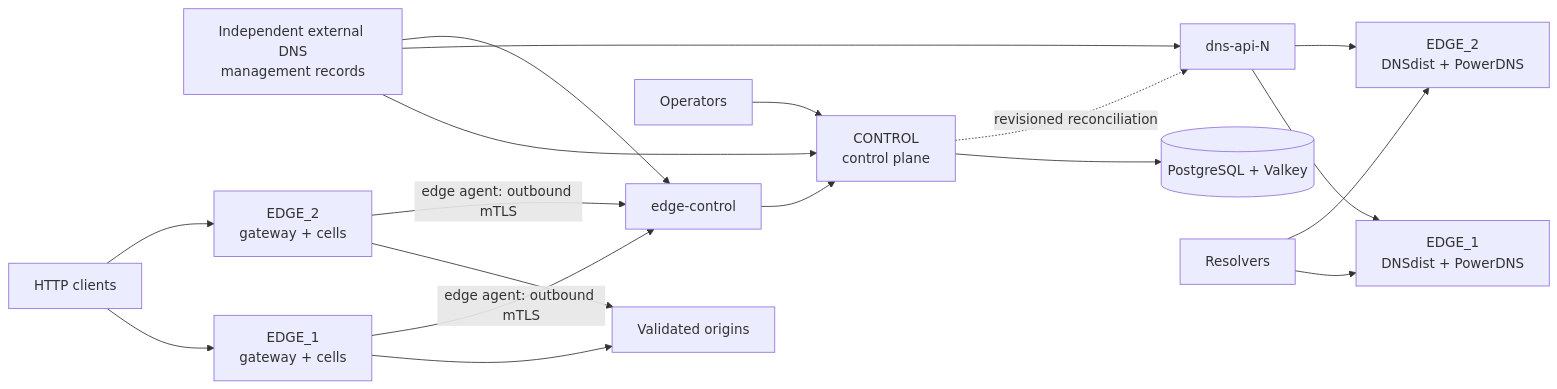
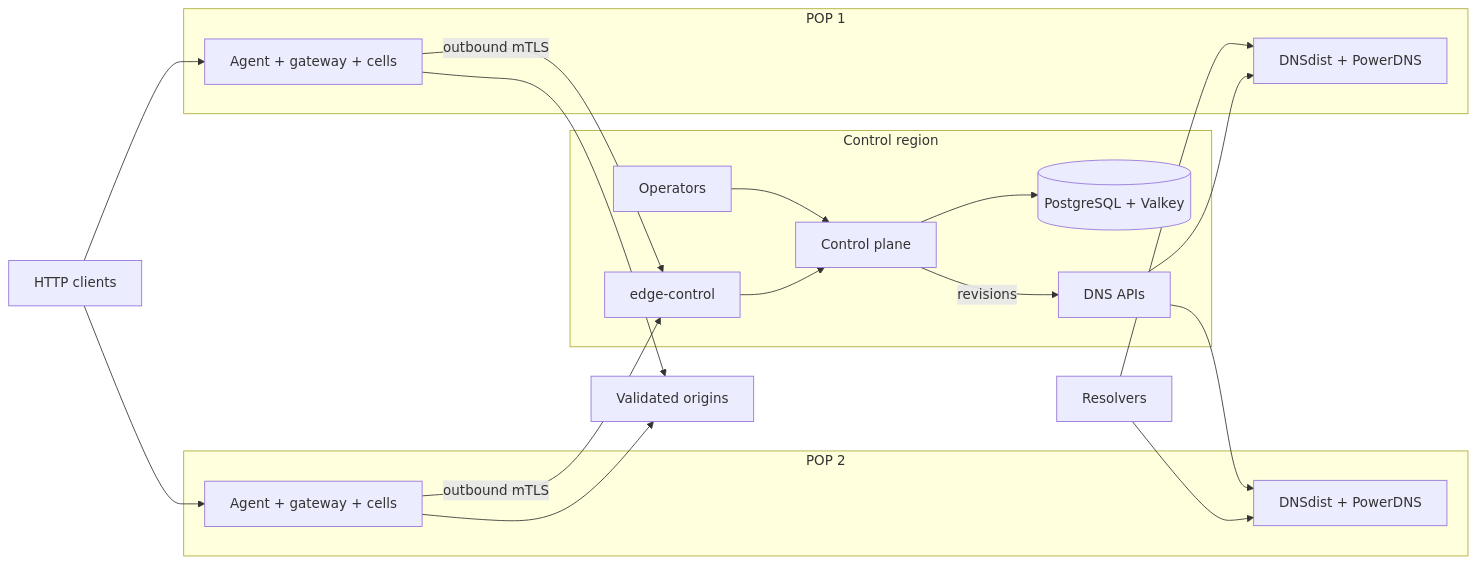
Before and after one commit to vaheed/CDNFoundry: the first of 4 diagrams in docs/architecture/production-reference-architectures.md, drawn with Mermaid. The commit also changed other lines of this file and 24 other files, not shown here.

````diff
--- a/docs/architecture/production-reference-architectures.md
+++ b/docs/architecture/production-reference-architectures.md
@@ -43,20 +43,22 @@
 ```mermaid
 flowchart LR
-    ExternalDNS["Independent external DNS<br/>management records"] --> CONTROL
-    ExternalDNS --> DNSAPI["dns-api-N"]
-    ExternalDNS --> EC["edge-control"]
-    Operators["Operators"] --> CONTROL["CONTROL<br>control plane"]
-    CONTROL --> State[("PostgreSQL + Valkey")]
-    Resolver["Resolvers"] --> EDGE1DNS["EDGE_1<br>DNSdist + PowerDNS"]
-    Resolver --> EDGE2DNS["EDGE_2<br>DNSdist + PowerDNS"]
-    Clients["HTTP clients"] --> EDGE1GW["EDGE_1<br>gateway + cells"]
-    Clients --> EDGE2GW["EDGE_2<br>gateway + cells"]
-    CONTROL -. "revisioned reconciliation" .-> DNSAPI
-    DNSAPI --> EDGE1DNS
-    DNSAPI --> EDGE2DNS
+    subgraph Management["Control region"]
+      Operators["Operators"] --> CONTROL["Control plane"] --> State[("PostgreSQL + Valkey")]
+      EC["edge-control"] --> CONTROL
+      CONTROL -->|"revisions"| DNSAPI["DNS APIs"]
+    end
+    subgraph POP1["POP 1"]
+      DNSAPI --> EDGE1DNS["DNSdist + PowerDNS"]
+      EDGE1GW["Agent + gateway + cells"] -->|"outbound mTLS"| EC
+    end
+    subgraph POP2["POP 2"]
+      DNSAPI --> EDGE2DNS["DNSdist + PowerDNS"]
+      EDGE2GW["Agent + gateway + cells"] -->|"outbound mTLS"| EC
+    end
+    Resolver["Resolvers"] --> EDGE1DNS
+    Resolver --> EDGE2DNS
+    Clients["HTTP clients"] --> EDGE1GW
+    Clients --> EDGE2GW
     EDGE1GW --> Origins["Validated origins"]
     EDGE2GW --> Origins
-    EDGE1GW -->|"edge agent: outbound mTLS"| EC
-    EDGE2GW -->|"edge agent: outbound mTLS"| EC
-    EC --> CONTROL
 ```
````
